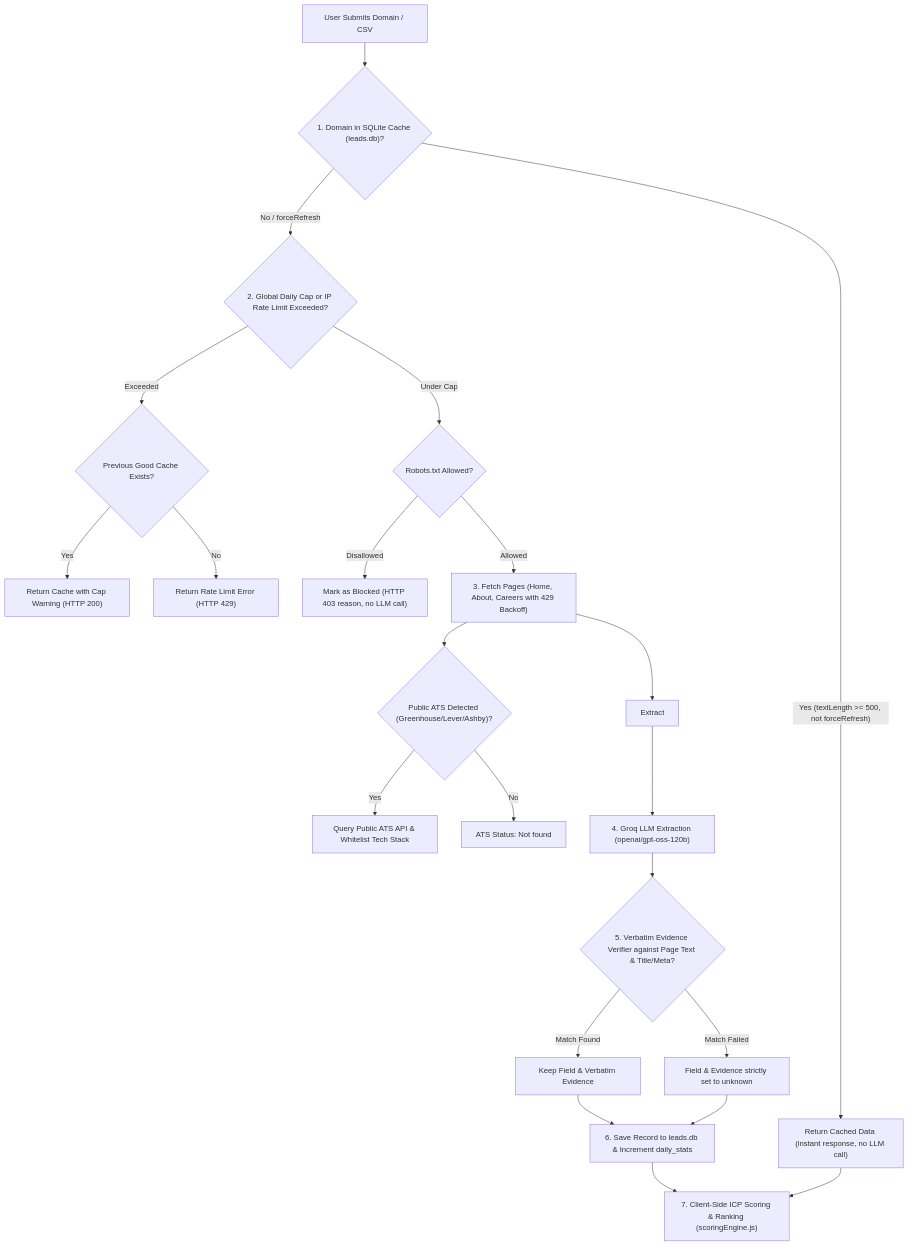
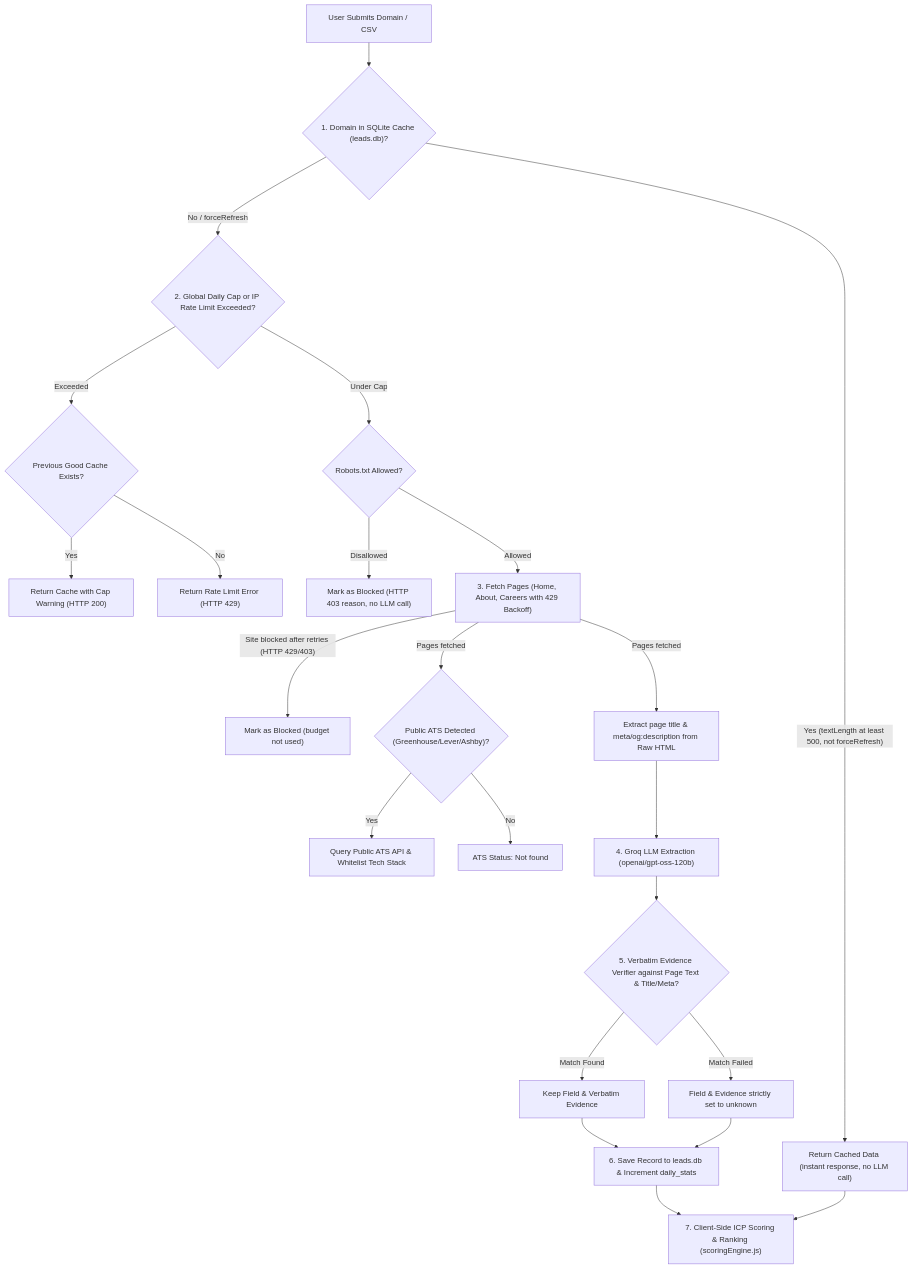
Before and after one commit to Naveen34822/ProofLead: the second of 2 diagrams in README.md, drawn with Mermaid. The commit also changed other lines of this file, not shown here.

Commit message:
docs: refine Mermaid syntax and document in-memory per-IP cap reset

````diff
--- a/README.md
+++ b/README.md
@@ -58,31 +58,33 @@
 ```mermaid
 flowchart TD
     Start["User Submits Domain / CSV"] --> CacheCheck{"1. Domain in SQLite Cache (leads.db)?"}
-    CacheCheck -- "Yes (textLength >= 500, not forceRefresh)" --> ReturnCache["Return Cached Data (instant response, no LLM call)"]
+    CacheCheck -- "Yes (textLength at least 500, not forceRefresh)" --> ReturnCache["Return Cached Data (instant response, no LLM call)"]
     
     CacheCheck -- "No / forceRefresh" --> CapCheck{"2. Global Daily Cap or IP Rate Limit Exceeded?"}
     CapCheck -- Exceeded --> FallbackCheck{"Previous Good Cache Exists?"}
     FallbackCheck -- Yes --> ReturnStale["Return Cache with Cap Warning (HTTP 200)"]
     FallbackCheck -- No --> Return429["Return Rate Limit Error (HTTP 429)"]
     
     CapCheck -- Under Cap --> RobotsCheck{"Robots.txt Allowed?"}
     RobotsCheck -- Disallowed --> BlockedStatus["Mark as Blocked (HTTP 403 reason, no LLM call)"]
     
     RobotsCheck -- Allowed --> FetchPages["3. Fetch Pages (Home, About, Careers with 429 Backoff)"]
-    FetchPages --> ATSCheck{"Public ATS Detected (Greenhouse/Lever/Ashby)?"}
+    FetchPages -- "Site blocked after retries (HTTP 429/403)" --> BlockedFetch["Mark as Blocked (budget not used)"]
+    
+    FetchPages -- "Pages fetched" --> ATSCheck{"Public ATS Detected (Greenhouse/Lever/Ashby)?"}
     ATSCheck -- Yes --> ATSQuery["Query Public ATS API & Whitelist Tech Stack"]
     ATSCheck -- No --> ATSNone["ATS Status: Not found"]
     
-    FetchPages --> MetaExtract["Extract <title> & meta/og:description from Raw HTML"]
+    FetchPages -- "Pages fetched" --> MetaExtract["Extract page title & meta/og:description from Raw HTML"]
     MetaExtract --> LLMCall["4. Groq LLM Extraction (openai/gpt-oss-120b)"]
     
     LLMCall --> VerifyEvidence{"5. Verbatim Evidence Verifier against Page Text & Title/Meta?"}
     VerifyEvidence -- Match Found --> KeepVerified["Keep Field & Verbatim Evidence"]
     VerifyEvidence -- Match Failed --> SetUnknown["Field & Evidence strictly set to unknown"]
     
     KeepVerified --> SaveRecord["6. Save Record to leads.db & Increment daily_stats"]
     SetUnknown --> SaveRecord
     
     SaveRecord --> ClientScoring["7. Client-Side ICP Scoring & Ranking (scoringEngine.js)"]
     ReturnCache --> ClientScoring
 ```
````
